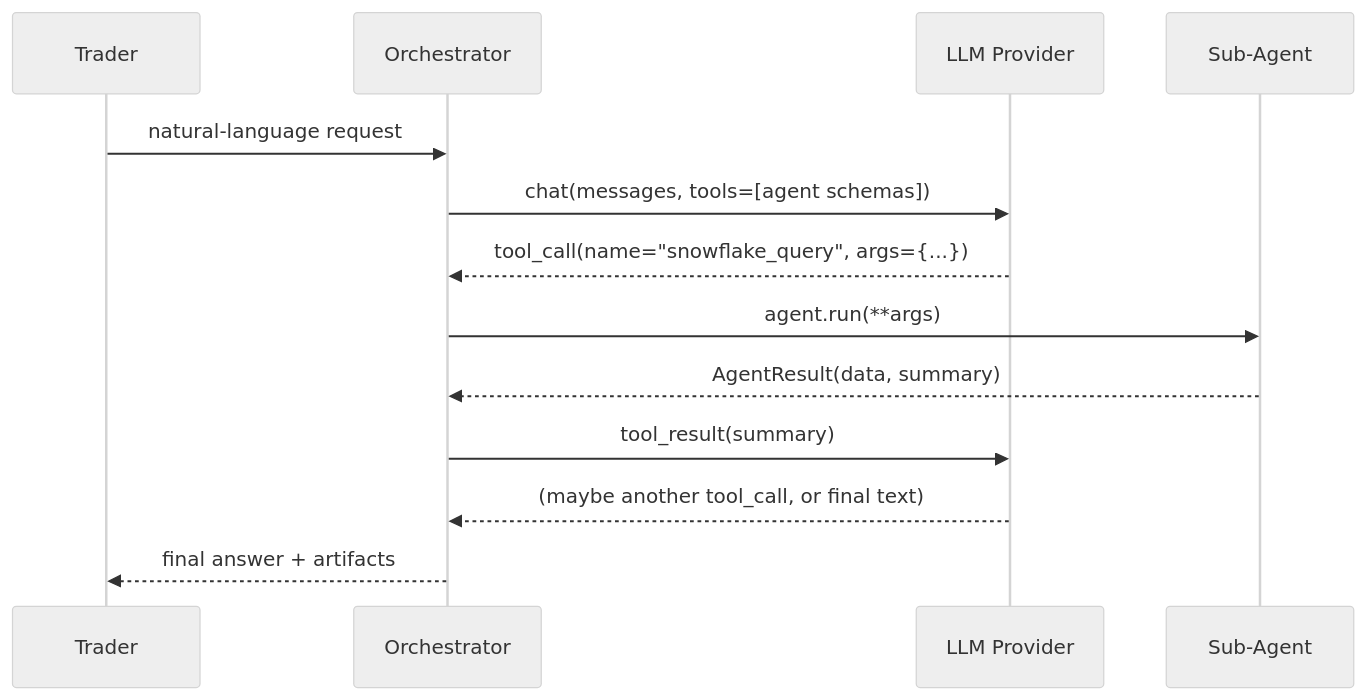
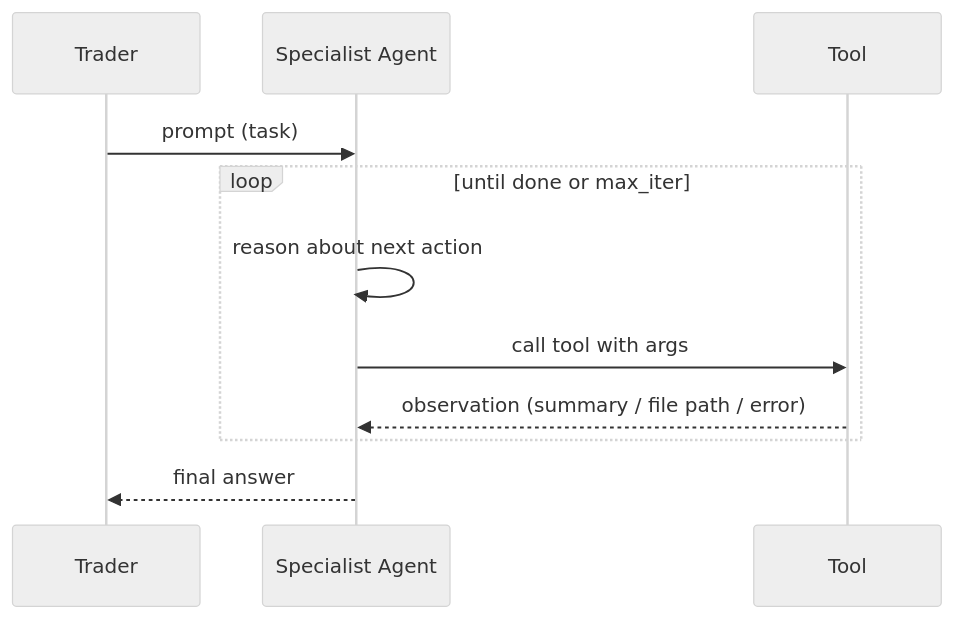
The third of 6 diagrams in ARCHITECTURE.md (kevinle-sys/Desktop-Agent), drawn with Mermaid (neutral theme) before and after one commit. The commit also changed other lines of this file and 43 other files, not shown here.

````diff
--- a/ARCHITECTURE.md
+++ b/ARCHITECTURE.md
@@ -42,16 +62,13 @@
 ```mermaid
 sequenceDiagram
     participant U as Trader
-    participant O as Orchestrator
-    participant L as LLM Provider
-    participant A as Sub-Agent
-
-    U->>O: natural-language request
-    O->>L: chat(messages, tools=[agent schemas])
-    L-->>O: tool_call(name="snowflake_query", args={...})
-    O->>A: agent.run(**args)
-    A-->>O: AgentResult(data, summary)
-    O->>L: tool_result(summary)
-    L-->>O: (maybe another tool_call, or final text)
-    O-->>U: final answer + artifacts
+    participant A as Specialist Agent
+    participant T as Tool
+    U->>A: prompt (task)
+    loop until done or max_iter
+        A->>A: reason about next action
+        A->>T: call tool with args
+        T-->>A: observation (summary / file path / error)
+    end
+    A-->>U: final answer
 ```
````
